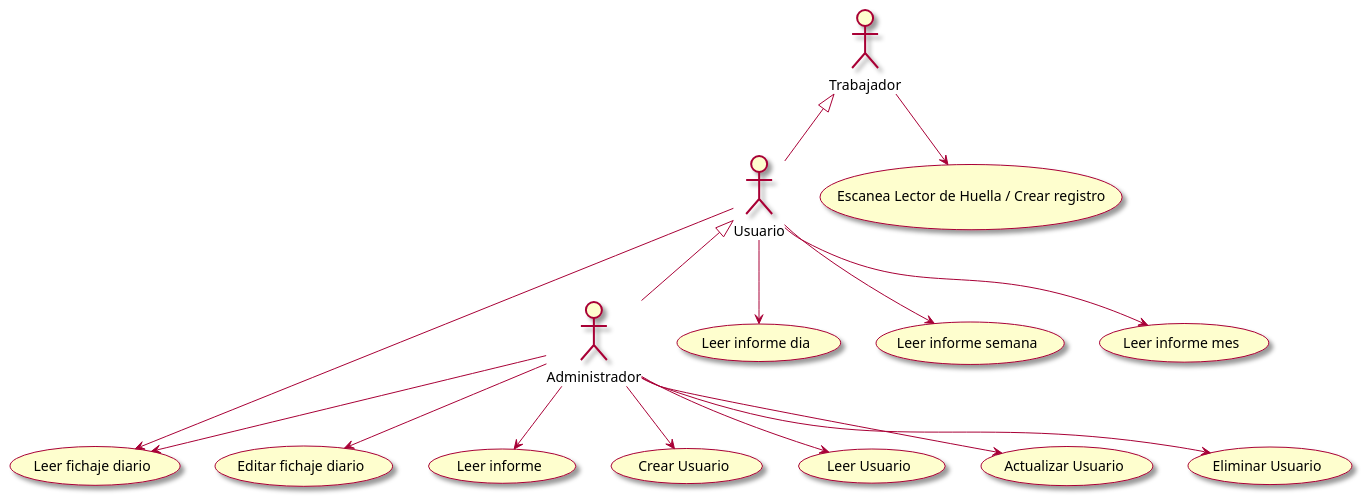
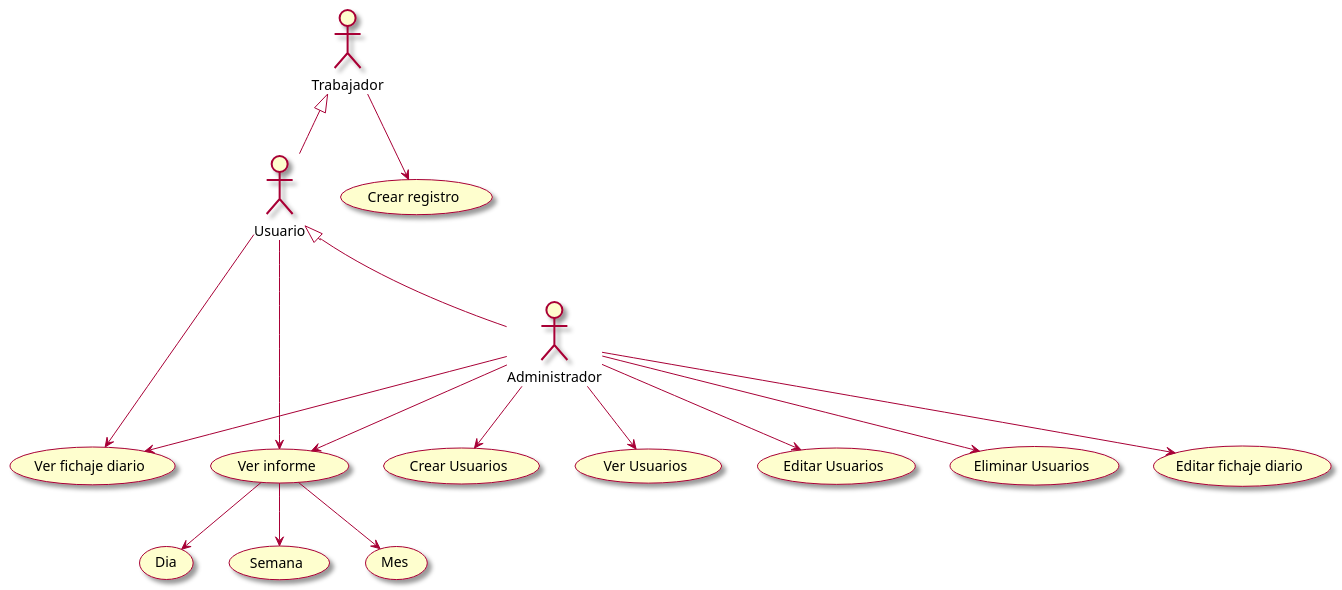
The diagram in modelosUML/casosDeUso/casosDeUso.puml (mmasias/23-24-IdSw1-SDR), drawn with PlantUML before and after one commit. The commit also changed 4 other files, not shown here.

Commit message:
añadiendo los nuevos diagramas de contexto y caso de uso

```diff
--- a/modelosUML/casosDeUso/casosDeUso.puml
+++ b/modelosUML/casosDeUso/casosDeUso.puml
@@ -1,25 +1,27 @@
 @startuml
 
 skin rose
 
 Usuario -up-|> Trabajador
 Administrador -up-|> Usuario
 
-Trabajador --> (Escanea Lector de Huella / Crear registro)
+Trabajador --> (Crear registro)
 
-Usuario --> (Leer fichaje diario)
-Usuario --> (Leer informe dia)
-Usuario --> (Leer informe semana)
-Usuario --> (Leer informe mes)
+Usuario --> (Ver fichaje diario)
+Usuario --> (Ver informe)
 
-Administrador --> (Leer fichaje diario)
+Administrador --> (Ver fichaje diario)
 Administrador --> (Editar fichaje diario)
 
-Administrador --> (Leer informe)
+Administrador --> (Ver informe)
 
-Administrador --> (Crear Usuario)
-Administrador --> (Leer Usuario)
-Administrador --> (Actualizar Usuario)
-Administrador --> (Eliminar Usuario)
+Administrador --> (Crear Usuarios)
+Administrador --> (Ver Usuarios)
+Administrador --> (Editar Usuarios)
+Administrador --> (Eliminar Usuarios)
+
+(Ver informe) --> (Dia)
+(Ver informe) --> (Semana)
+(Ver informe) --> (Mes)
 
 @enduml
```
